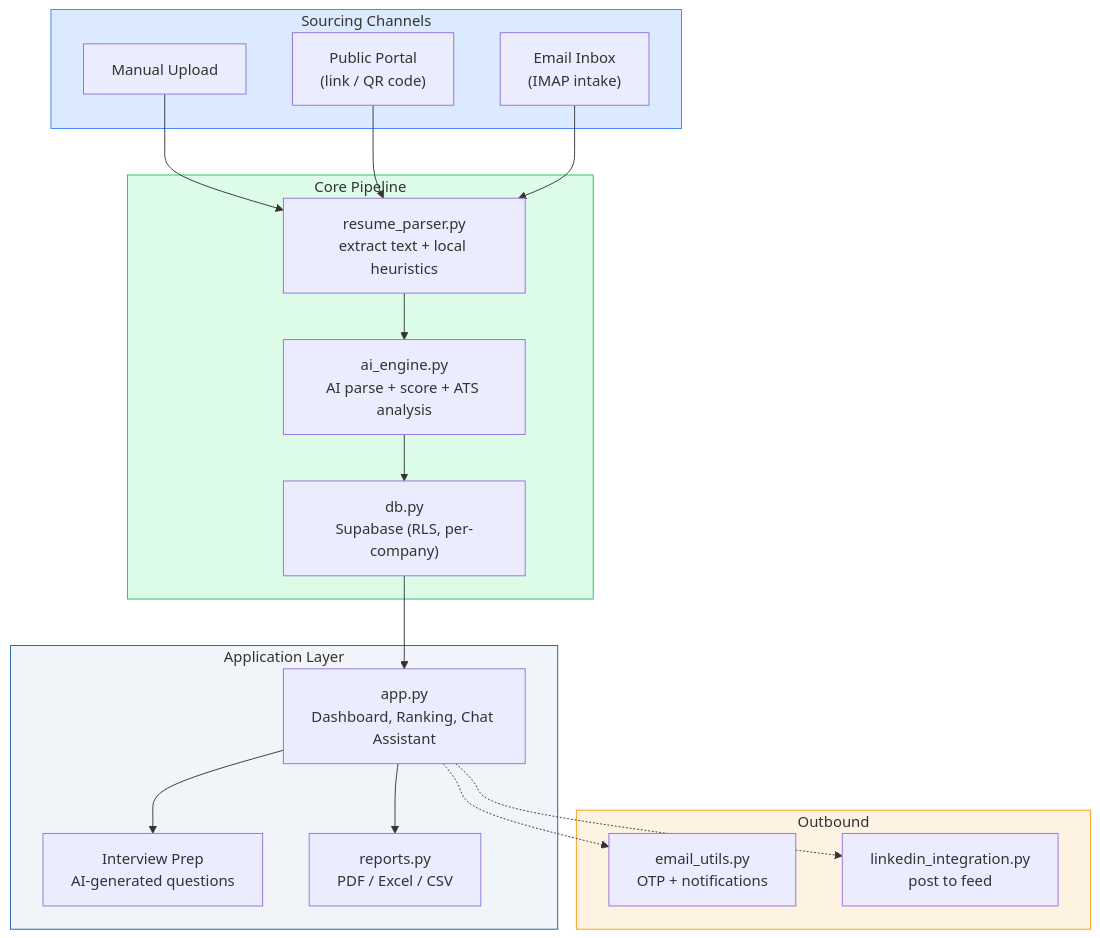
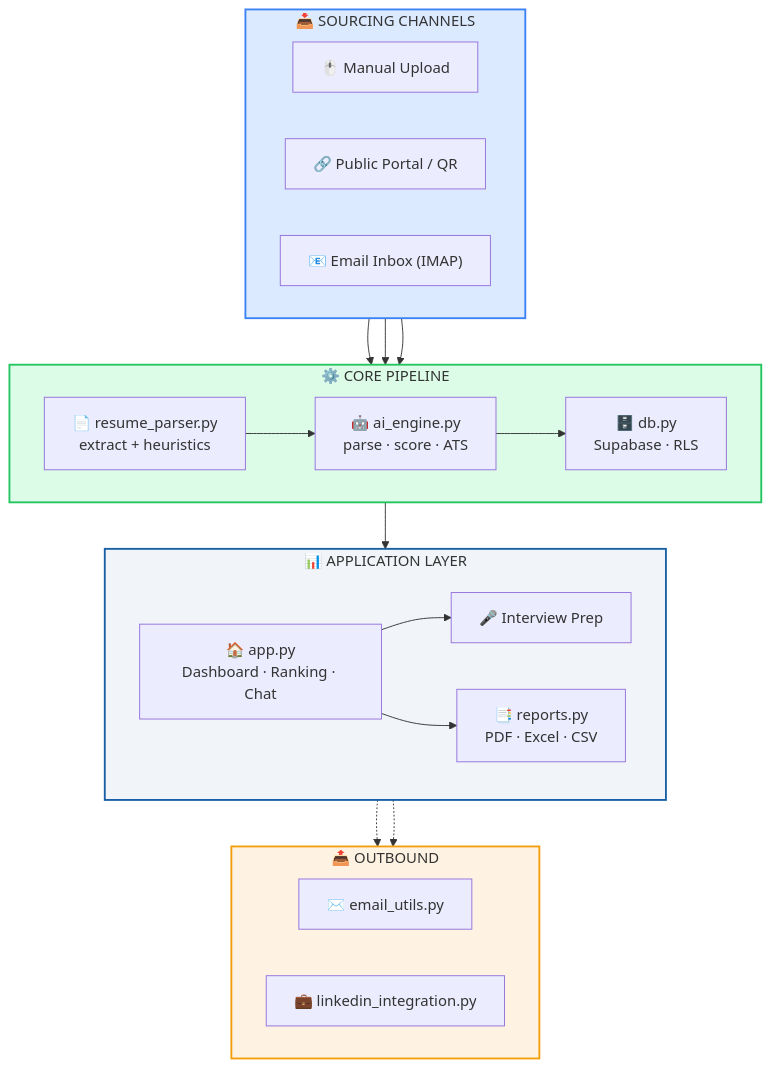
Before and after one commit to irfanshafi21/icd-platform: the first of 2 diagrams in README.md, drawn with Mermaid. The commit also changed other lines of this file, not shown here.

````diff
--- a/README.md
+++ b/README.md
@@ -25,41 +99,43 @@
 ```mermaid
 flowchart TB
-    subgraph Sourcing["Sourcing Channels"]
-        A1[Manual Upload]
-        A2["Public Portal<br/>(link / QR code)"]
-        A3["Email Inbox<br/>(IMAP intake)"]
+    subgraph Sourcing["📥  SOURCING CHANNELS"]
+        direction LR
+        A1["🖱️ Manual Upload"]
+        A2["🔗 Public Portal / QR"]
+        A3["📧 Email Inbox (IMAP)"]
     end
 
-    subgraph Core["Core Pipeline"]
-        B1["resume_parser.py<br/>extract text + local heuristics"]
-        B2["ai_engine.py<br/>AI parse + score + ATS analysis"]
-        B3["db.py<br/>Supabase (RLS, per-company)"]
+    subgraph Core["⚙️  CORE PIPELINE"]
+        direction LR
+        B1["📄 resume_parser.py<br/>extract + heuristics"]
+        B2["🤖 ai_engine.py<br/>parse · score · ATS"]
+        B3["🗄️ db.py<br/>Supabase · RLS"]
     end
 
-    subgraph App["Application Layer"]
-        C1["app.py<br/>Dashboard, Ranking, Chat Assistant"]
-        C2["Interview Prep<br/>AI-generated questions"]
-        C3["reports.py<br/>PDF / Excel / CSV"]
+    subgraph App["📊  APPLICATION LAYER"]
+        direction LR
+        C1["🏠 app.py<br/>Dashboard · Ranking · Chat"]
+        C2["🎤 Interview Prep"]
+        C3["📑 reports.py<br/>PDF · Excel · CSV"]
     end
 
-    subgraph Out["Outbound"]
-        D1["email_utils.py<br/>OTP + notifications"]
-        D2["linkedin_integration.py<br/>post to feed"]
+    subgraph Out["📤  OUTBOUND"]
+        direction LR
+        D1["✉️ email_utils.py"]
+        D2["💼 linkedin_integration.py"]
     end
 
     A1 --> B1
     A2 --> B1
     A3 --> B1
-    B1 --> B2
-    B2 --> B3
-    B3 --> C1
+    B1 --> B2 --> B3 --> C1
     C1 --> C2
     C1 --> C3
     C1 -.-> D1
     C1 -.-> D2
 
-    style Sourcing fill:#DBEAFE,stroke:#3B82F6
-    style Core fill:#DCFCE7,stroke:#22C55E
-    style App fill:#F1F5F9,stroke:#185FA5
-    style Out fill:#FEF3E2,stroke:#F59E0B
+    style Sourcing fill:#DBEAFE,stroke:#3B82F6,stroke-width:2px
+    style Core fill:#DCFCE7,stroke:#22C55E,stroke-width:2px
+    style App fill:#F1F5F9,stroke:#185FA5,stroke-width:2px
+    style Out fill:#FEF3E2,stroke:#F59E0B,stroke-width:2px
 ```
````
